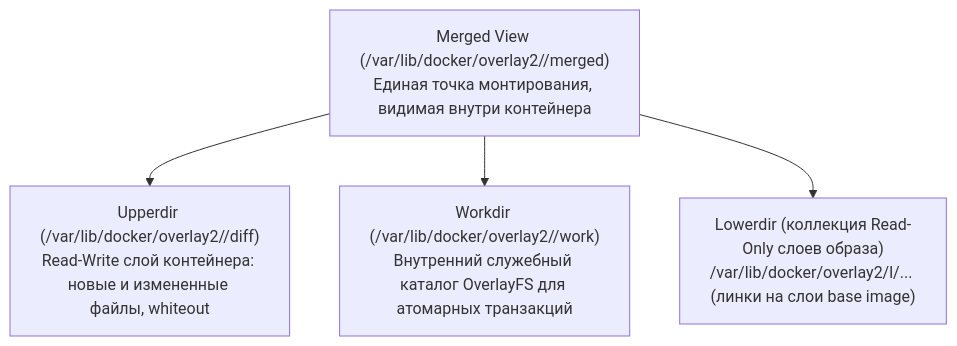
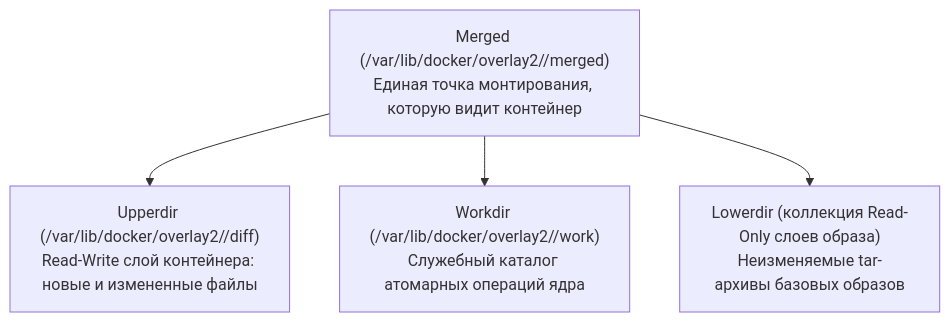
One commit to AndreyJVM/portfolio-service changed the diagram in content/courses/docker/08-storage-drivers-and-cow.md. Above: the diagram before and after it, drawn with Mermaid. The commit also changed other lines of this file and 26 other files, not shown here.

````diff
--- a/content/courses/docker/08-storage-drivers-and-cow.md
+++ b/content/courses/docker/08-storage-drivers-and-cow.md
@@ -16,11 +13,11 @@
 ```mermaid
 flowchart TD
-    Merged["Merged View (/var/lib/docker/overlay2/<id>/merged)<br/>Единая точка монтирования, видимая внутри контейнера"]
-    Upper["Upperdir (/var/lib/docker/overlay2/<id>/diff)<br/>Read-Write слой контейнера: новые и измененные файлы, whiteout"]
-    Work["Workdir (/var/lib/docker/overlay2/<id>/work)<br/>Внутренний служебный каталог OverlayFS для атомарных транзакций"]
-    Lower["Lowerdir (коллекция Read-Only слоев образа)<br/>/var/lib/docker/overlay2/l/... (линки на слои base image)"]
+    Merged["Merged (/var/lib/docker/overlay2/<id>/merged)<br/>Единая точка монтирования, которую видит контейнер"]
+    Upper["Upperdir (/var/lib/docker/overlay2/<id>/diff)<br/>Read-Write слой контейнера: новые и измененные файлы"]
+    Work["Workdir (/var/lib/docker/overlay2/<id>/work)<br/>Служебный каталог атомарных операций ядра"]
+    Lower["Lowerdir (коллекция Read-Only слоев образа)<br/>Неизменяемые tar-архивы базовых образов"]
 
     Merged --> Upper
     Merged --> Work
     Merged --> Lower
 ```
````
